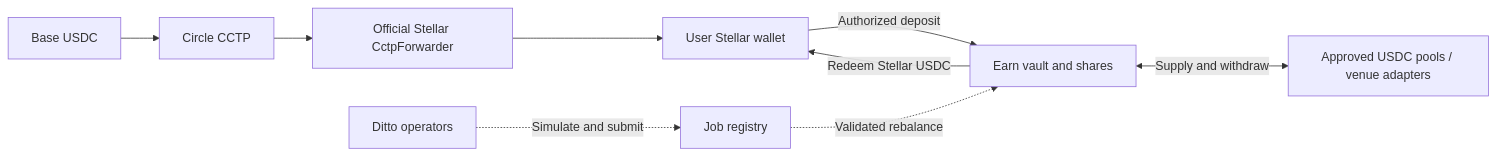
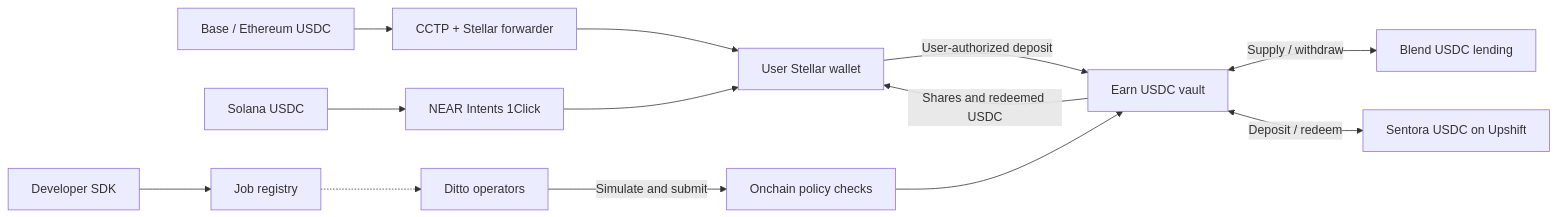
The diagram in README.md (dittonetwork/stellar-automation), drawn with Mermaid before and after one commit. The commit also changed other lines of this file and 8 other files, not shown here.

Commit message:
Align Stellar grant docs with 96k operator and Earn delivery plan

````diff
--- a/README.md
+++ b/README.md
@@ -11,11 +11,15 @@
 ```mermaid
 flowchart LR
-    B[Base USDC] --> C[Circle CCTP]
-    C --> F[Official Stellar CctpForwarder]
-    F --> W[User Stellar wallet]
-    W -->|Authorized deposit| V[Earn vault and shares]
-    V <-->|Supply and withdraw| P[Approved USDC pools / venue adapters]
-    V -->|Redeem Stellar USDC| W
-    O[Ditto operators] -.->|Simulate and submit| R[Job registry]
-    R -.->|Validated rebalance| V
+    E[Base / Ethereum USDC] --> C[CCTP + Stellar forwarder]
+    S[Solana USDC] --> I[NEAR Intents 1Click]
+    C --> W[User Stellar wallet]
+    I --> W
+    W -->|User-authorized deposit| V[Earn USDC vault]
+    V -->|Shares and redeemed USDC| W
+    V <-->|Supply / withdraw| B[Blend USDC lending]
+    V <-->|Deposit / redeem| U[Sentora USDC on Upshift]
+    D[Developer SDK] --> R[Job registry]
+    R -.-> O[Ditto operators]
+    O -->|Simulate and submit| X[Onchain policy checks]
+    X --> V
 ```
````
